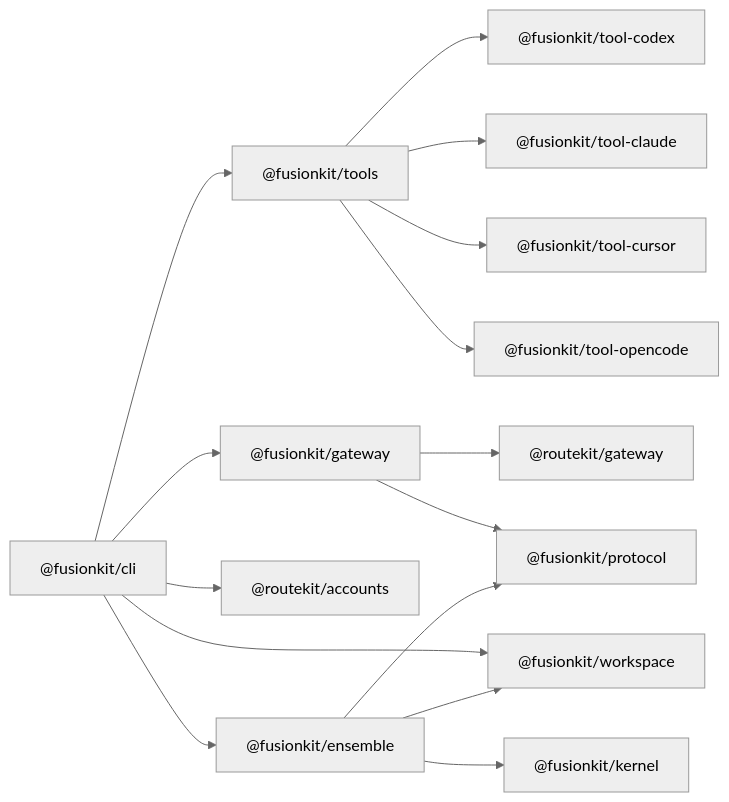
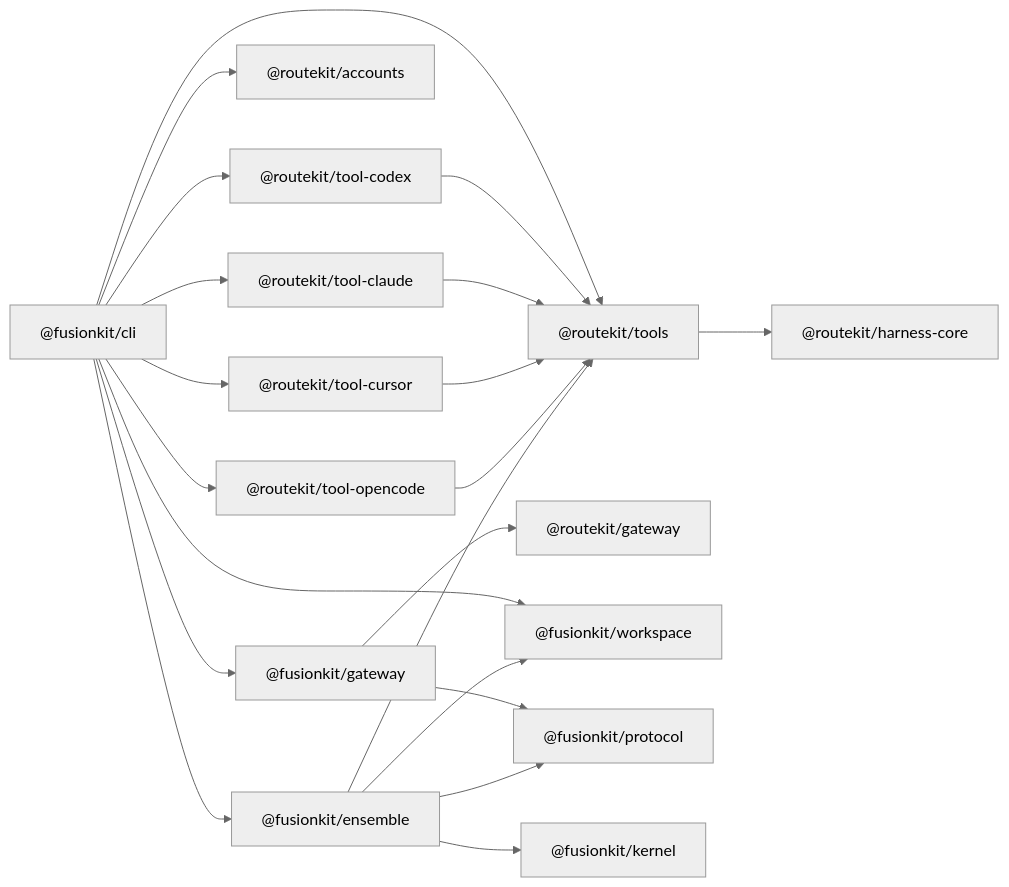
One commit to velum-labs/handoffkit changed the diagram in docs/typescript-reference.md. Above: the diagram before and after it, drawn with Mermaid (neutral theme). The commit also changed other lines of this file and 121 other files, not shown here.

````diff
--- a/docs/typescript-reference.md
+++ b/docs/typescript-reference.md
@@ -9,17 +9,23 @@
 ```mermaid
 flowchart LR
-  CLI["@fusionkit/cli"] --> Tools["@fusionkit/tools"]
+  CLI["@fusionkit/cli"] --> Tools["@routekit/tools"]
   CLI --> FusionGateway["@fusionkit/gateway"]
   FusionGateway --> Gateway["@routekit/gateway"]
   CLI --> Accounts["@routekit/accounts"]
   CLI --> Ensemble["@fusionkit/ensemble"]
   CLI --> Workspace["@fusionkit/workspace"]
   FusionGateway --> Protocol["@fusionkit/protocol"]
   Ensemble --> Protocol
   Ensemble --> Workspace
   Ensemble --> Kernel["@fusionkit/kernel"]
-  Tools --> Codex["@fusionkit/tool-codex"]
-  Tools --> Claude["@fusionkit/tool-claude"]
-  Tools --> Cursor["@fusionkit/tool-cursor"]
-  Tools --> Opencode["@fusionkit/tool-opencode"]
+  CLI --> Codex["@routekit/tool-codex"]
+  CLI --> Claude["@routekit/tool-claude"]
+  CLI --> Cursor["@routekit/tool-cursor"]
+  CLI --> Opencode["@routekit/tool-opencode"]
+  Codex --> Tools
+  Claude --> Tools
+  Cursor --> Tools
+  Opencode --> Tools
+  Tools --> HarnessCore["@routekit/harness-core"]
+  Ensemble --> Tools
 ```
````
